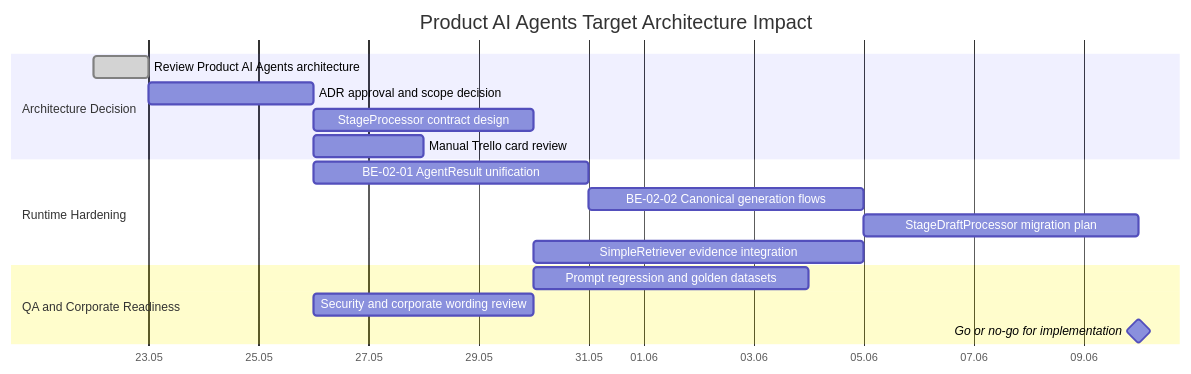
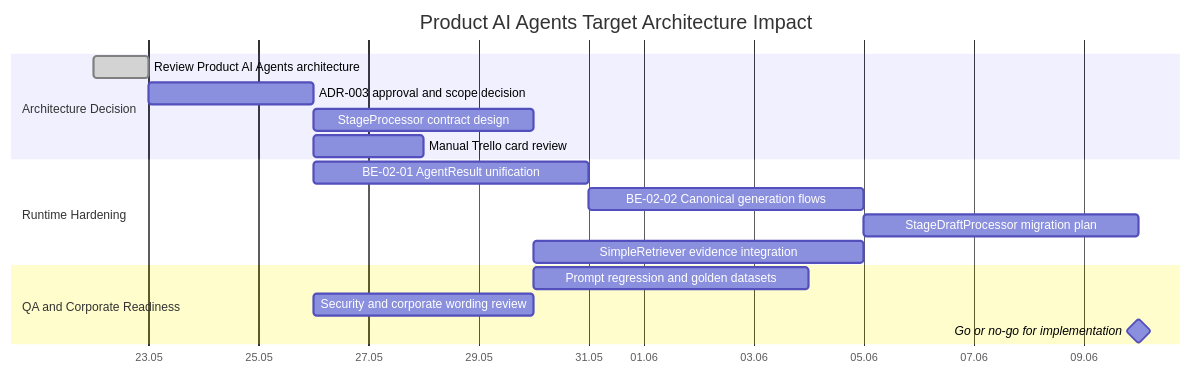
The third of 3 diagrams in docs/ai-delivery-agents/07-gantt-delivery-plan.md (Alexandr-Inozemtsev/AI-Discovery-Platform), drawn with Mermaid before and after one commit. The commit also changed other lines of this file and 8 other files, not shown here.

````diff
--- a/docs/ai-delivery-agents/07-gantt-delivery-plan.md
+++ b/docs/ai-delivery-agents/07-gantt-delivery-plan.md
@@ -113,23 +113,23 @@
 ```mermaid
 gantt
     title Product AI Agents Target Architecture Impact
     dateFormat YYYY-MM-DD
     axisFormat %d.%m
 
     section Architecture Decision
     Review Product AI Agents architecture                 :done, pa_review, 2026-05-22, 1d
-    ADR approval and scope decision                       :pa_adr, after pa_review, 3d
+    ADR-003 approval and scope decision                   :pa_adr, after pa_review, 3d
     StageProcessor contract design                        :pa_contract, after pa_adr, 4d
     Manual Trello card review                             :pa_trello, after pa_adr, 2d
 
     section Runtime Hardening
     BE-02-01 AgentResult unification                      :pa_be0201, after pa_adr, 5d
     BE-02-02 Canonical generation flows                   :pa_be0202, after pa_be0201, 5d
     StageDraftProcessor migration plan                    :pa_stage, after pa_be0202, 5d
     SimpleRetriever evidence integration                  :pa_rag, after pa_contract, 6d
 
     section QA and Corporate Readiness
     Prompt regression and golden datasets                 :pa_qa, after pa_contract, 5d
     Security and corporate wording review                 :pa_sec, after pa_adr, 4d
     Go or no-go for implementation                        :milestone, pa_gate, after pa_stage, 0d
 ```
````
